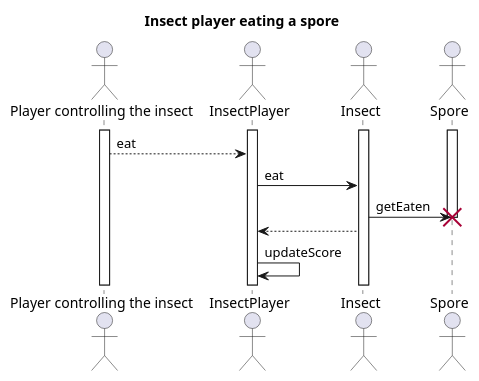
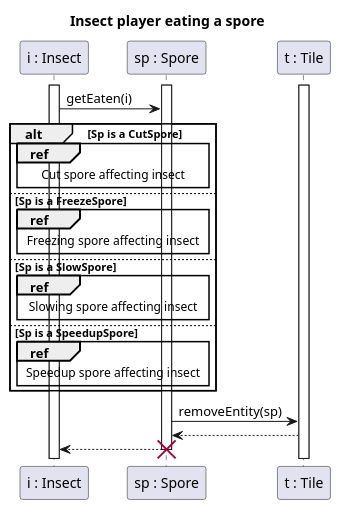
The diagram in diagrams/diagramFiles/SQ_InsectEating.puml (Harcipan/Projlab_nullpointerexception), drawn with PlantUML before and after one commit. The commit also changed 23 other files, not shown here.

```diff
--- a/diagrams/diagramFiles/SQ_InsectEating.puml
+++ b/diagrams/diagramFiles/SQ_InsectEating.puml
@@ -1,27 +1,30 @@
 @startuml Insect eating
 
 title Insect player eating a spore
 
-actor "Player controlling the insect" as P
-actor "InsectPlayer" as Ip
-actor "Insect" as I
-actor "Spore" as Sp
+participant "i : Insect" as I
+participant "sp : Spore" as Sp
+participant "t : Tile" as T
 
-activate Ip
-activate P
 activate I
+activate T
 activate Sp
 
-P --> Ip : eat
-
-Ip -> I : eat
-I -> Sp : getEaten
+I -> Sp : getEaten(i)
+alt Sp is a CutSpore 
+ref over I, Sp : Cut spore affecting insect
+else Sp is a FreezeSpore
+ref over I, Sp : Freezing spore affecting insect
+else Sp is a SlowSpore
+ref over I, Sp : Slowing spore affecting insect
+else Sp is a SpeedupSpore
+ref over I, Sp : Speedup spore affecting insect
+end
+Sp -> T : removeEntity(sp)
+T --> Sp
+Sp --> I
 
 destroy Sp
 
-' kérdéses...
-I --> Ip
-Ip -> Ip : updateScore
-
 
 @enduml
```
